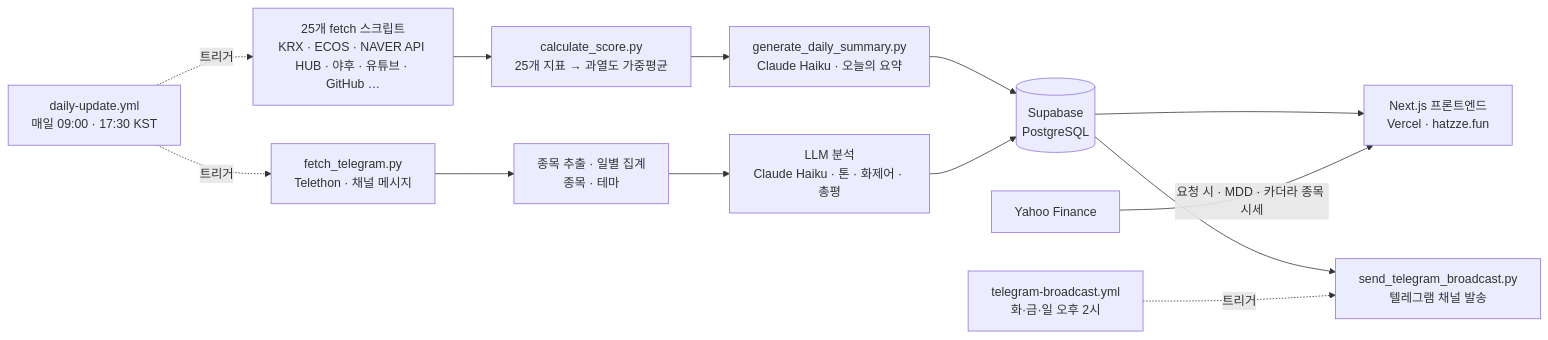
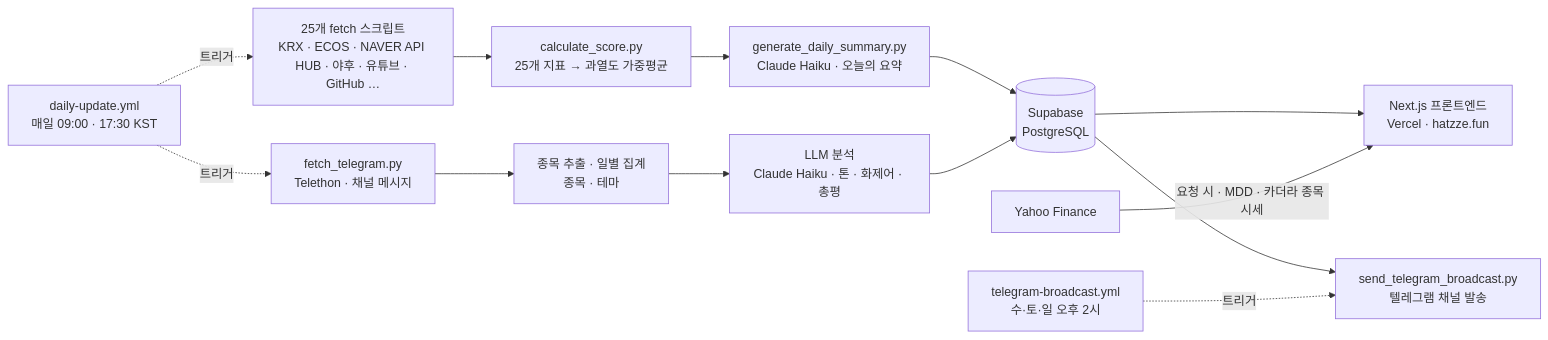
One commit to drakedog-kr/hatzze changed the diagram in README.md. Above: the diagram before and after it, drawn with Mermaid. The commit also changed other lines of this file and 2 other files, not shown here.

Commit message:
C 관심 이동 발송을 화·금에서 수·토로 옮긴다
시각(14:00 KST)과 주 2회는 그대로다. 요일만 옮긴다.

발화 크론과 요일 게이트가 짝이라 둘 다 고친다 — 크론만 옮기면 러너는 깨어나되
게이트가 막아 아무것도 안 나가고, 게이트만 옮기면 그 요일에 러너가 안 깬다.

    cron   "20 2 * * 0,2,5"  →  "20 2 * * 0,3,6"     (UTC 요일. 0=일 · 3=수 · 6=토)
    게이트  DOW 2 or 5        →  DOW 3 or 6           (KST date +%u. 1=월 … 7=일)

02:20 UTC = 11:20 KST 로 같은 날이라 두 요일 체계가 어긋나지 않는다. 실제 발송은
그 뒤 '14:00 까지 대기' 스텝이 잡으므로 시각은 건드리지 않았다.

3일 주기라는 근거는 그대로다 — 카더라 집계 창이 3일이고, 수→토 3일 · 토→수 4일로
옛 화→금 3일 · 금→화 4일과 같은 모양이다.

## 토요일 발송

옛 주석이 "화·금은 평일 안에 들어온다"를 근거 중 하나로 들고 있었는데, 그 줄은
이제 안 맞으므로 다시 썼다. 토요일에 내보내도 되는 이유는 따로 있다:

- 이 글의 재료는 시장 숫자가 아니라 카더라 채널 메시지다. 주말에도 새 이야기가
  쌓이므로 A·B 를 주말에 안 보내는 이유(같은 숫자 반복)가 여기엔 걸리지 않는다.
- 자료 게이트를 지난다. check_freshness 의 허용치가 **영업일** 기준이라 주말은
  나이를 먹지 않고, 애초에 D 가 일요일에 같은 게이트를 지나 나가고 있다.

daily-update.yml 의 "토요일은 아무것도 안 나간다" 주석도 이제 거짓이라 고쳤다.
A·B 를 주말에 안 보내는 이유는 그대로 두고, C 는 왜 다른지를 덧붙였다.

## 확인

요일 게이트를 실제 `date +%u` 로 한 주 돌렸다:

    월 화 목 금  → 아무 발송 없음(C·D 둘 다 false)
    수 토        → C
    일           → D

두 워크플로 YAML 파싱도 확인했다.

## 전환기 공백

마지막 C 가 07-31(금)이고 08-01(토) 발화 시각은 이미 지났으므로, 첫 수·토 발송은
08-05(수)다. 그 한 번만 5일 간격이고 이후 3·4일 리듬으로 돌아간다.

````diff
--- a/README.md
+++ b/README.md
@@ -89,15 +89,15 @@
 ```mermaid
 flowchart LR
     A["25개 fetch 스크립트<br/>KRX · ECOS · NAVER API HUB · 야후 · 유튜브 · GitHub …"] --> B["calculate_score.py<br/>25개 지표 → 과열도 가중평균"]
     B --> C["generate_daily_summary.py<br/>Claude Haiku · 오늘의 요약"]
     C --> D[("Supabase<br/>PostgreSQL")]
     T1["fetch_telegram.py<br/>Telethon · 채널 메시지"] --> T2["종목 추출 · 일별 집계<br/>종목 · 테마"]
     T2 --> T3["LLM 분석<br/>Claude Haiku · 톤 · 화제어 · 총평"]
     T3 --> D
     D --> E["Next.js 프론트엔드<br/>Vercel · hatzze.fun"]
     D --> S["send_telegram_broadcast.py<br/>텔레그램 채널 발송"]
     Y["Yahoo Finance"] -->|요청 시 · MDD · 카더라 종목 시세| E
     G["daily-update.yml<br/>매일 09:00 · 17:30 KST"] -.->|트리거| A
     G -.->|트리거| T1
-    W["telegram-broadcast.yml<br/>화·금·일 오후 2시"] -.->|트리거| S
+    W["telegram-broadcast.yml<br/>수·토·일 오후 2시"] -.->|트리거| S
 ```
````
